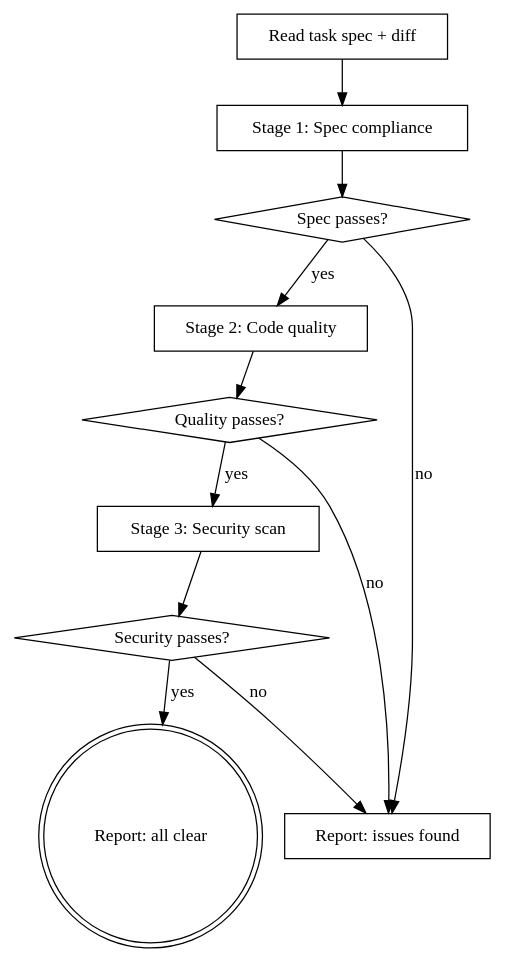
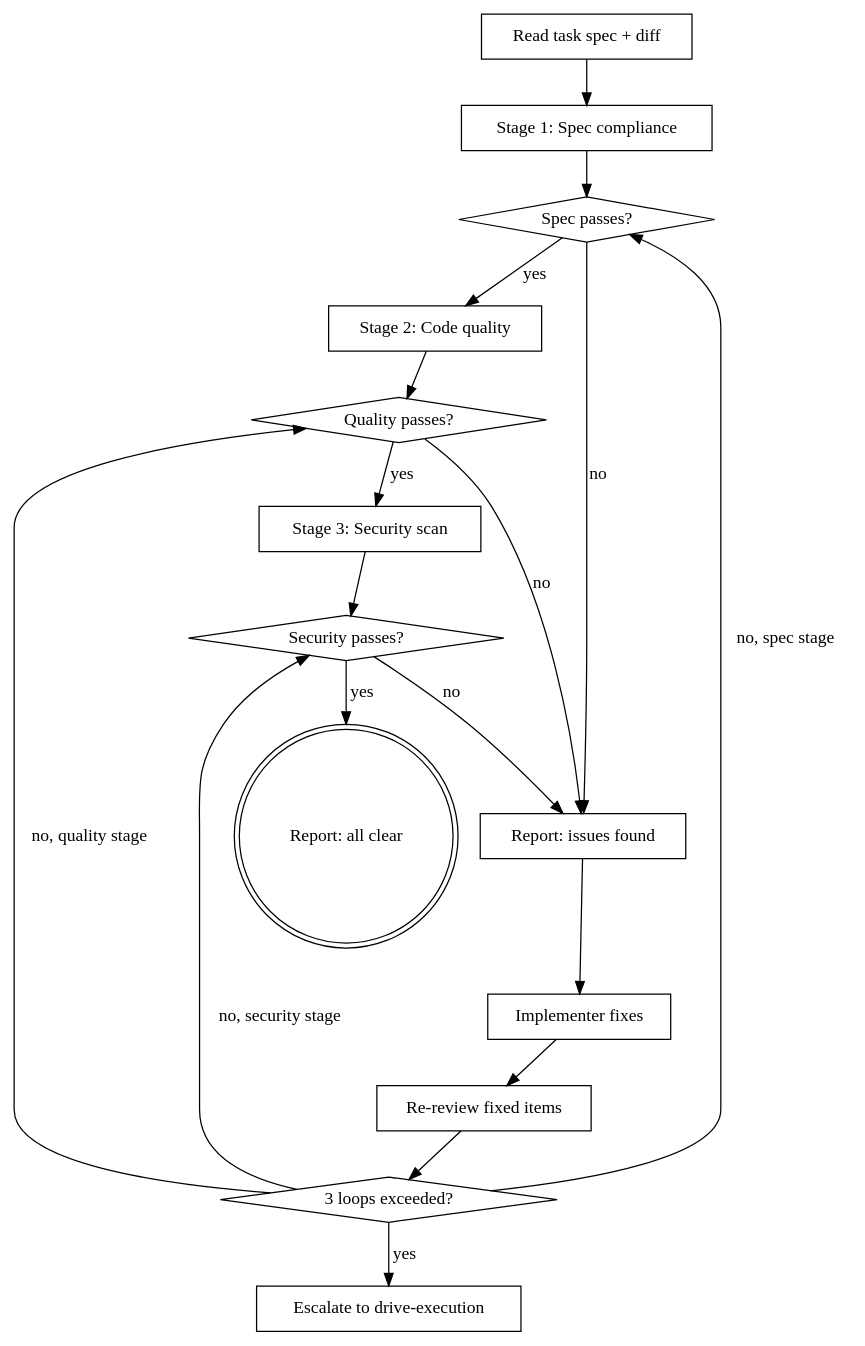
Before and after one commit to caseyrtalbot/forge: the diagram in skills/inspect-work/SKILL.md, drawn with Graphviz. The commit also changed other lines of this file and 32 other files, not shown here.

````diff
--- a/skills/inspect-work/SKILL.md
+++ b/skills/inspect-work/SKILL.md
@@ -25,24 +26,35 @@
 ```dot
 digraph inspect_work {
     "Read task spec + diff" [shape=box];
     "Stage 1: Spec compliance" [shape=box];
     "Spec passes?" [shape=diamond];
     "Stage 2: Code quality" [shape=box];
     "Quality passes?" [shape=diamond];
     "Stage 3: Security scan" [shape=box];
     "Security passes?" [shape=diamond];
     "Report: all clear" [shape=doublecircle];
     "Report: issues found" [shape=box];
+    "Implementer fixes" [shape=box];
+    "Re-review fixed items" [shape=box];
+    "3 loops exceeded?" [shape=diamond];
+    "Escalate to drive-execution" [shape=box];
 
     "Read task spec + diff" -> "Stage 1: Spec compliance";
     "Stage 1: Spec compliance" -> "Spec passes?";
     "Spec passes?" -> "Stage 2: Code quality" [label="yes"];
     "Spec passes?" -> "Report: issues found" [label="no"];
     "Stage 2: Code quality" -> "Quality passes?";
     "Quality passes?" -> "Stage 3: Security scan" [label="yes"];
     "Quality passes?" -> "Report: issues found" [label="no"];
     "Stage 3: Security scan" -> "Security passes?";
     "Security passes?" -> "Report: all clear" [label="yes"];
     "Security passes?" -> "Report: issues found" [label="no"];
+    "Report: issues found" -> "Implementer fixes";
+    "Implementer fixes" -> "Re-review fixed items";
+    "Re-review fixed items" -> "3 loops exceeded?";
+    "3 loops exceeded?" -> "Escalate to drive-execution" [label="yes"];
+    "3 loops exceeded?" -> "Spec passes?" [label="no, spec stage"];
+    "3 loops exceeded?" -> "Quality passes?" [label="no, quality stage"];
+    "3 loops exceeded?" -> "Security passes?" [label="no, security stage"];
 }
 ```
````
